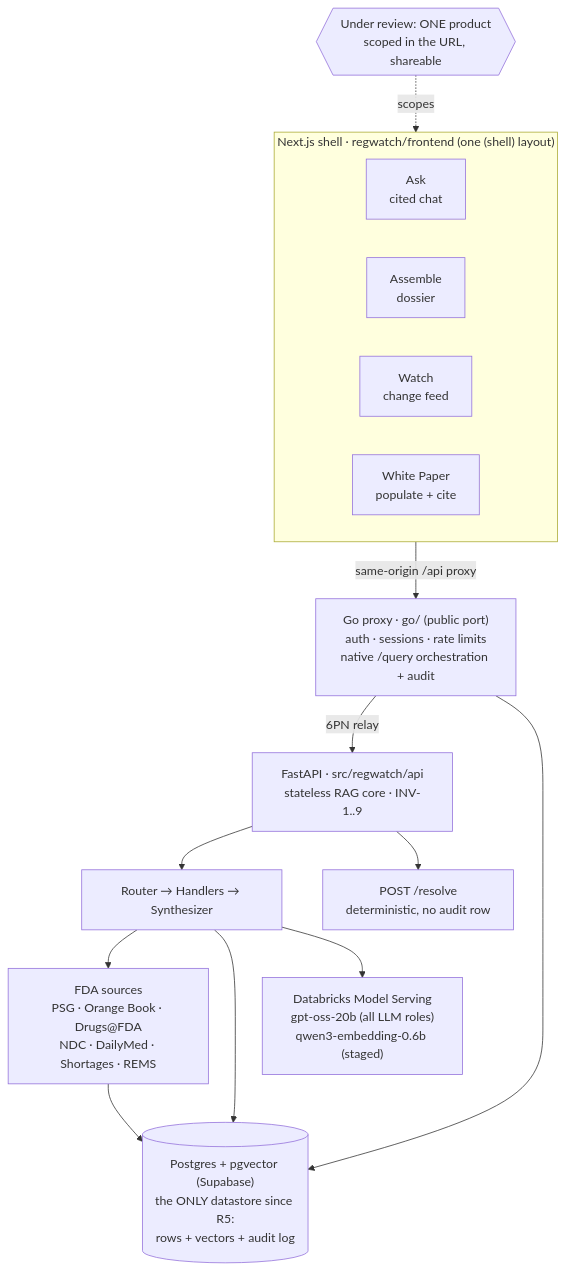
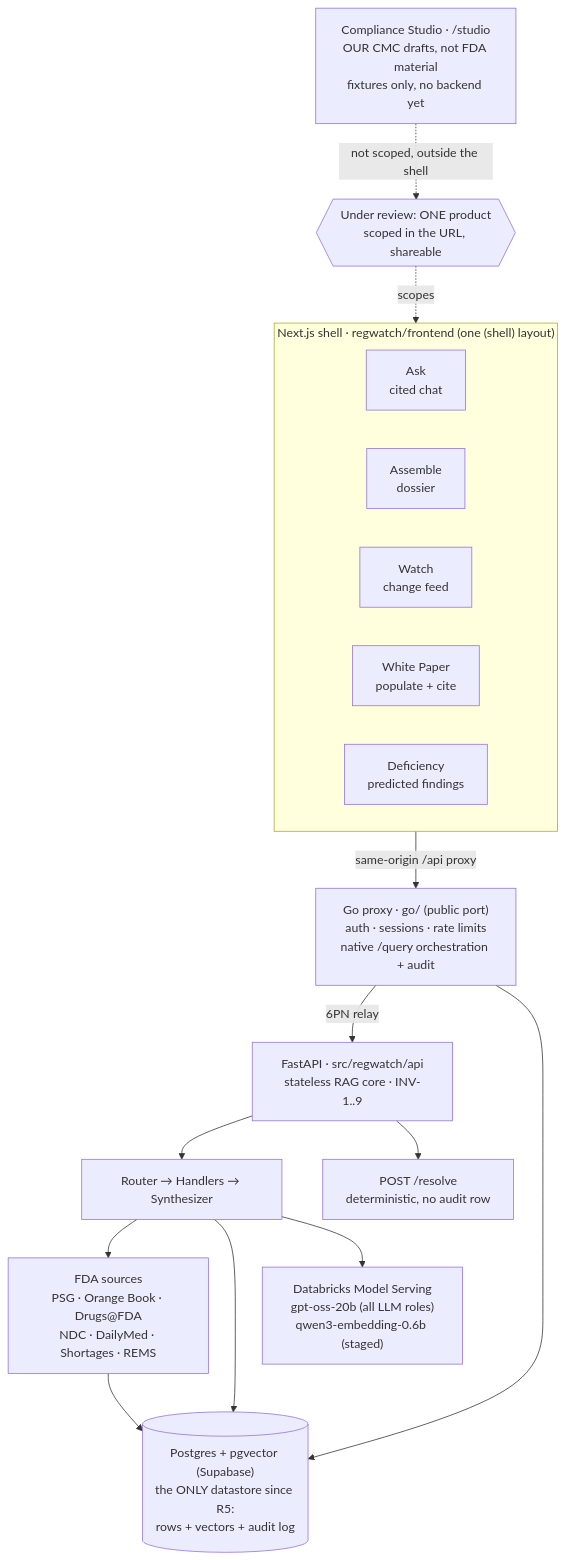
One commit to Hussain0327/amneal changed the diagram in docs/MAP.md. Above: the diagram before and after it, drawn with Mermaid. The commit also changed other lines of this file and 11 other files, not shown here.

````diff
--- a/docs/MAP.md
+++ b/docs/MAP.md
@@ -14,22 +18,25 @@
 ```mermaid
 flowchart TB
   subgraph UI["Next.js shell · regwatch/frontend (one (shell) layout)"]
     direction LR
     Ask["Ask<br/>cited chat"]
     Assemble["Assemble<br/>dossier"]
     Watch["Watch<br/>change feed"]
     WP["White Paper<br/>populate + cite"]
+    Def["Deficiency<br/>predicted findings"]
   end
+  Studio["Compliance Studio · /studio<br/>OUR CMC drafts, not FDA material<br/>fixtures only, no backend yet"]
   Scope{{"Under review: ONE product<br/>scoped in the URL, shareable"}}
   Scope -.scopes.-> UI
+  Studio -.->|"not scoped, outside the shell"| Scope
 
   UI -->|"same-origin /api proxy"| EDGE["Go proxy · go/ (public port)<br/>auth · sessions · rate limits<br/>native /query orchestration + audit"]
   EDGE -->|"6PN relay"| API["FastAPI · src/regwatch/api<br/>stateless RAG core · INV-1..9"]
   API --> Router["Router → Handlers → Synthesizer"]
   API --> Resolve["POST /resolve<br/>deterministic, no audit row"]
   Router --> Sources["FDA sources<br/>PSG · Orange Book · Drugs@FDA<br/>NDC · DailyMed · Shortages · REMS"]
   Router --> Stores[("Postgres + pgvector (Supabase)<br/>the ONLY datastore since R5:<br/>rows + vectors + audit log")]
   EDGE --> Stores
   Sources --> Stores
   Router --> DBX["Databricks Model Serving<br/>gpt-oss-20b (all LLM roles)<br/>qwen3-embedding-0.6b (staged)"]
 ```
````
